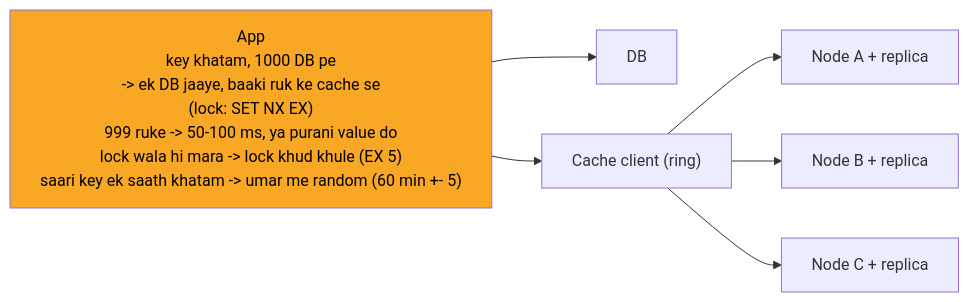
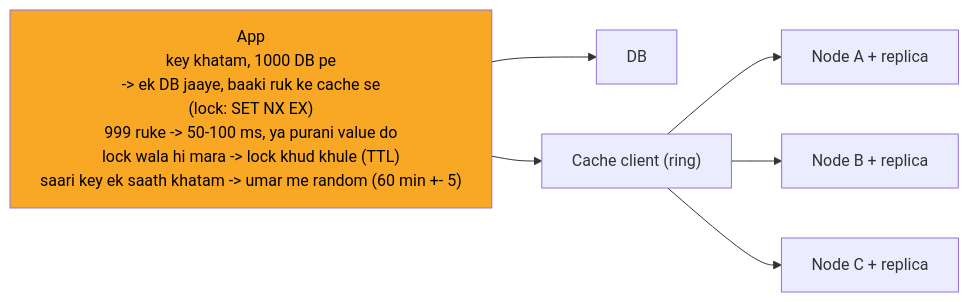
One commit to ArpanMaheshwari144/Prep changed the sixth of 8 diagrams in 04_HLD/SYSTEM_DESIGNS/10_distributed_cache/10_distributed_cache.md. Above: the diagram before and after it, drawn with Mermaid. The commit also changed other lines of this file and 13 other files, not shown here.

````diff
--- a/04_HLD/SYSTEM_DESIGNS/10_distributed_cache/10_distributed_cache.md
+++ b/04_HLD/SYSTEM_DESIGNS/10_distributed_cache/10_distributed_cache.md
@@ -251,16 +251,16 @@
 ```mermaid
 %%{init: {"flowchart": {"wrappingWidth": 450}}}%%
 flowchart LR
-    n_App["App<br/>key khatam, 1000 DB pe<br/>-> ek DB jaaye, baaki ruk ke cache se<br/>(lock: SET NX EX)<br/>999 ruke -> 50-100 ms, ya purani value do<br/>lock wala hi mara -> lock khud khule (EX 5)<br/>saari key ek saath khatam -> umar me random (60 min +- 5)"]
+    n_App["App<br/>key khatam, 1000 DB pe<br/>-> ek DB jaaye, baaki ruk ke cache se<br/>(lock: SET NX EX)<br/>999 ruke -> 50-100 ms, ya purani value do<br/>lock wala hi mara -> lock khud khule (TTL)<br/>saari key ek saath khatam -> umar me random (60 min +- 5)"]
     n_DB["DB"]
     n_Cache_client["Cache client (ring)"]
     n_Node_A_replica["Node A + replica"]
     n_Node_B_replica["Node B + replica"]
     n_Node_C_replica["Node C + replica"]
     n_App --> n_DB
     n_App --> n_Cache_client
     n_Cache_client --> n_Node_A_replica
     n_Cache_client --> n_Node_B_replica
     n_Cache_client --> n_Node_C_replica
     style n_App fill:#f9a825,color:#000
 ```
````
